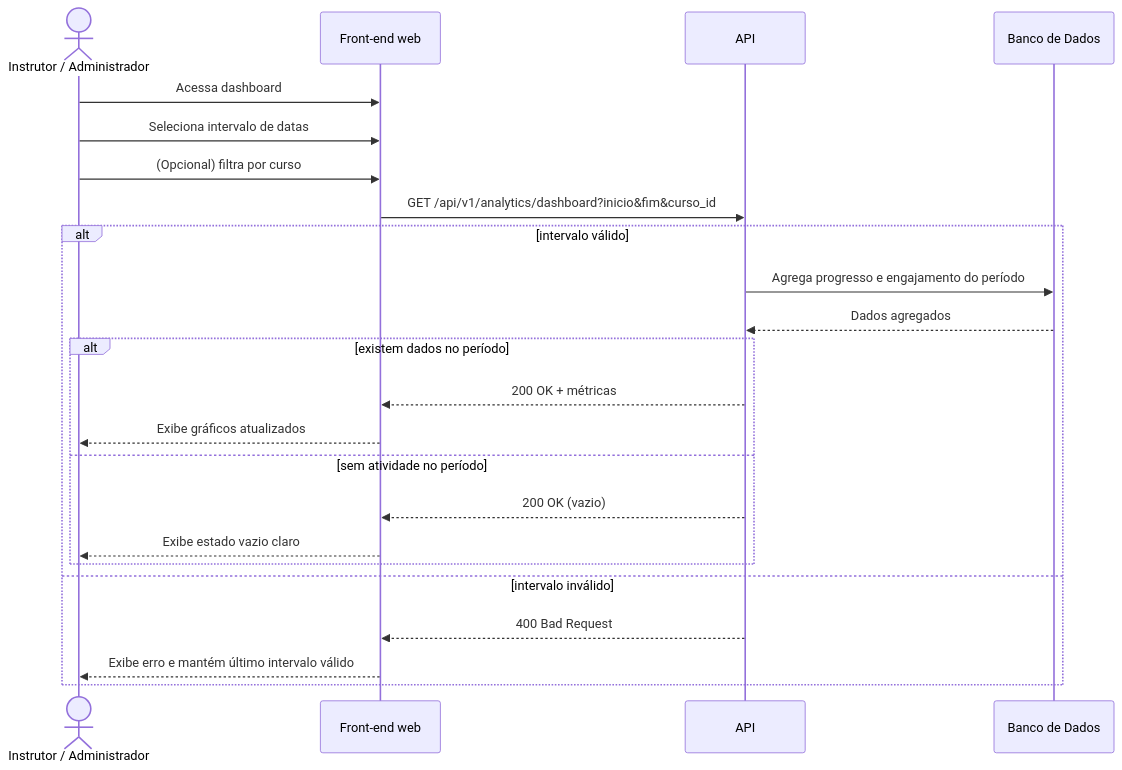
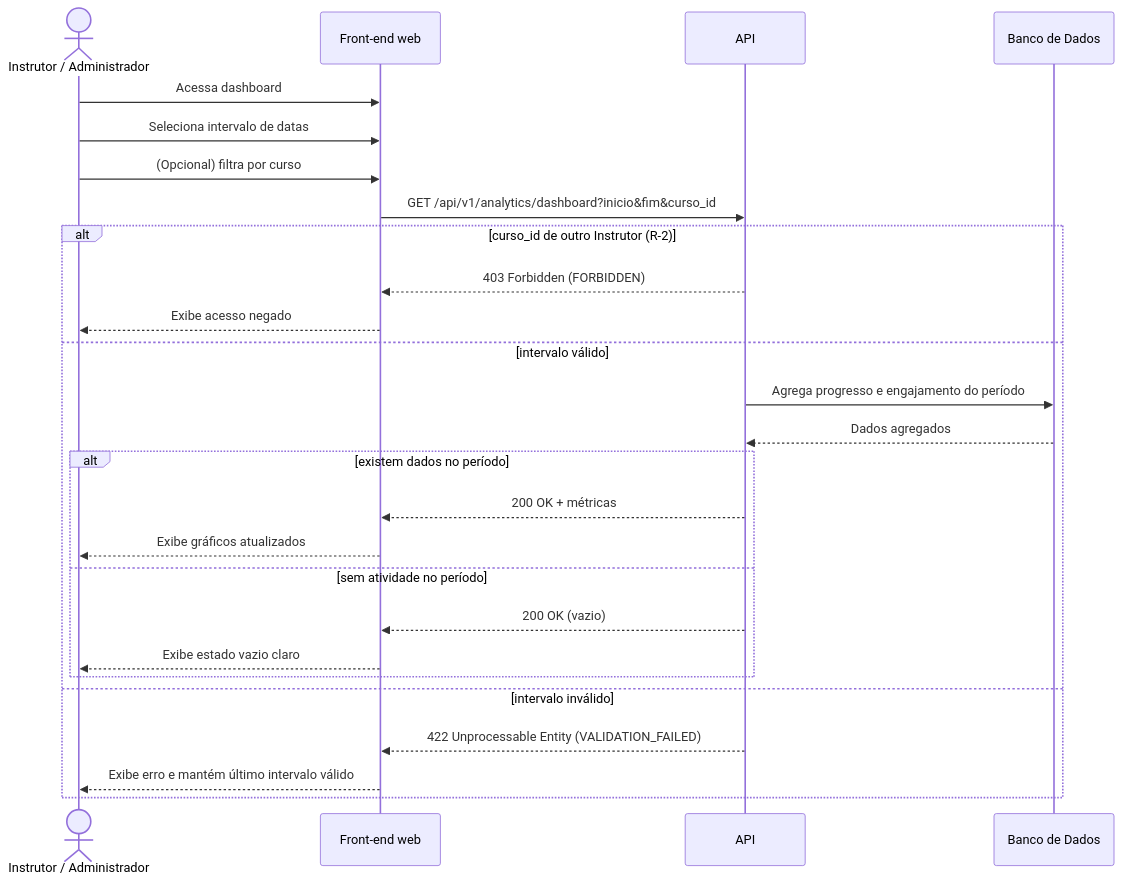
The diagram in docs/ssd/UC007-ver-dashboard-com-filtro.md (Plataforma-de-Cursos-TCC/plataforma-cursos-docs), drawn with Mermaid before and after one commit. The commit also changed 25 other files, not shown here.

````diff
--- a/docs/ssd/UC007-ver-dashboard-com-filtro.md
+++ b/docs/ssd/UC007-ver-dashboard-com-filtro.md
@@ -5,26 +5,29 @@
 ```mermaid
 sequenceDiagram
     actor User as Instrutor / Administrador
     participant FE as Front-end web
     participant API
     participant DB as Banco de Dados
 
     User->>FE: Acessa dashboard
     User->>FE: Seleciona intervalo de datas
     User->>FE: (Opcional) filtra por curso
     FE->>API: GET /api/v1/analytics/dashboard?inicio&fim&curso_id
-    alt intervalo válido
+    alt curso_id de outro Instrutor (R-2)
+        API-->>FE: 403 Forbidden (FORBIDDEN)
+        FE-->>User: Exibe acesso negado
+    else intervalo válido
         API->>DB: Agrega progresso e engajamento do período
         DB-->>API: Dados agregados
         alt existem dados no período
             API-->>FE: 200 OK + métricas
             FE-->>User: Exibe gráficos atualizados
         else sem atividade no período
             API-->>FE: 200 OK (vazio)
             FE-->>User: Exibe estado vazio claro
         end
     else intervalo inválido
-        API-->>FE: 400 Bad Request
+        API-->>FE: 422 Unprocessable Entity (VALIDATION_FAILED)
         FE-->>User: Exibe erro e mantém último intervalo válido
     end
 ```
````
